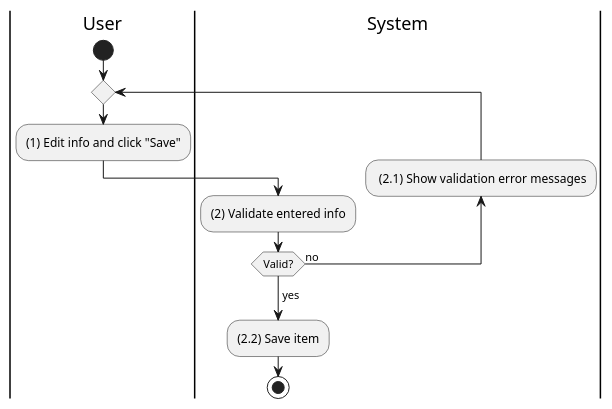
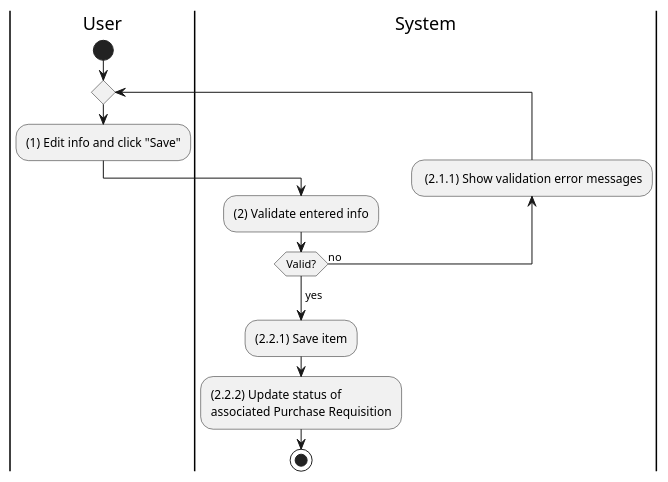
The diagram in activities/purchase-order-update.plantuml (phihungha/scmss-reqs), drawn with PlantUML before and after one commit. The commit also changed 11 other files, not shown here.

Commit message:
Add missing production and sales sequences

```diff
--- a/activities/purchase-order-update.plantuml
+++ b/activities/purchase-order-update.plantuml
@@ -1,16 +1,17 @@
 @startuml purchase-order-update
 |u|User
 |s|System
 
 |u|
 start
 repeat
     :(1) Edit info and click "Save";
     |s|
     :(2) Validate entered info;
-    backward: (2.1) Show validation error messages;
+    backward: (2.1.1) Show validation error messages;
 repeat while (Valid?) is (no)
 ->yes;
-:(2.2) Save item;
+:(2.2.1) Save item;
+:(2.2.2) Update status of\nassociated Purchase Requisition;
 stop
 @enduml
```
